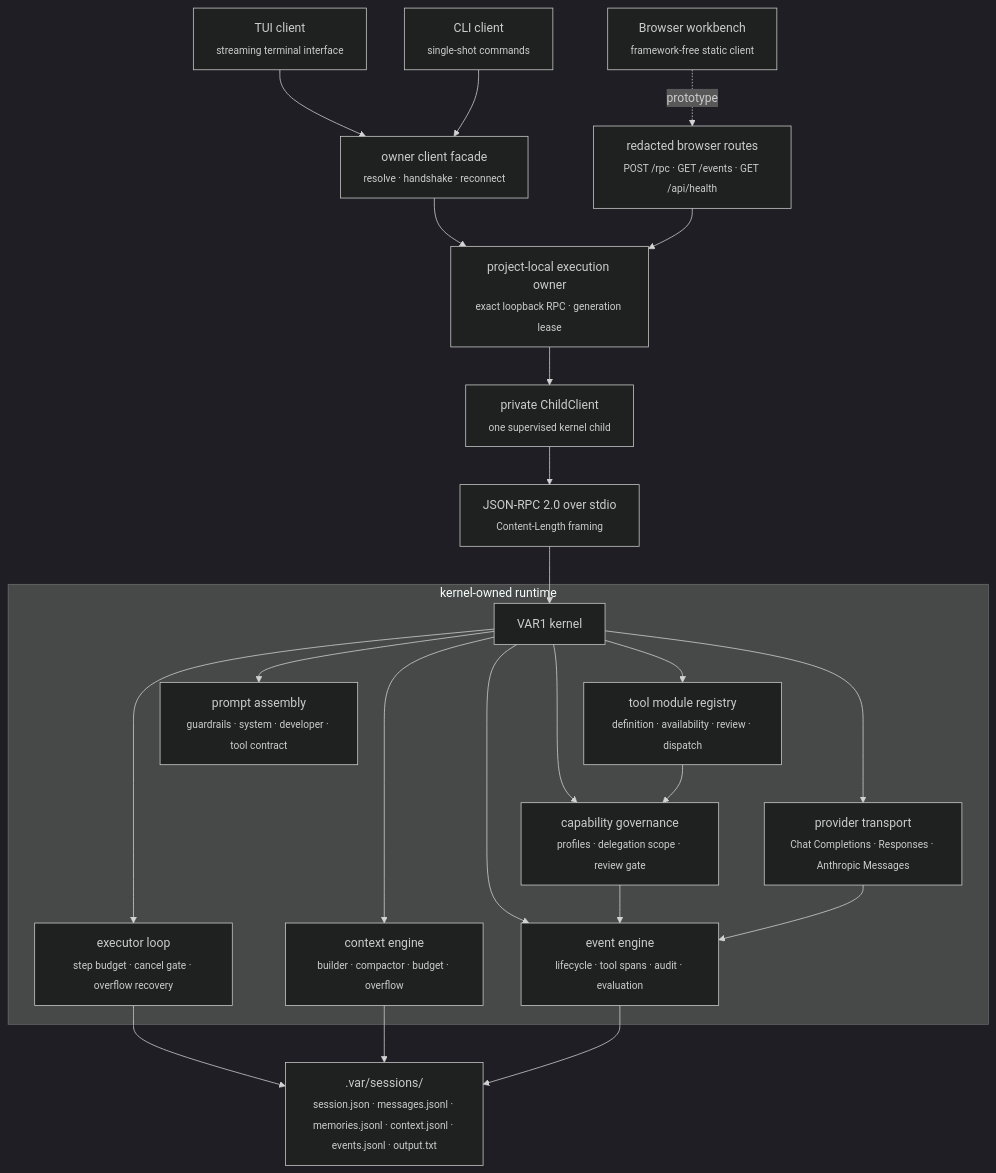
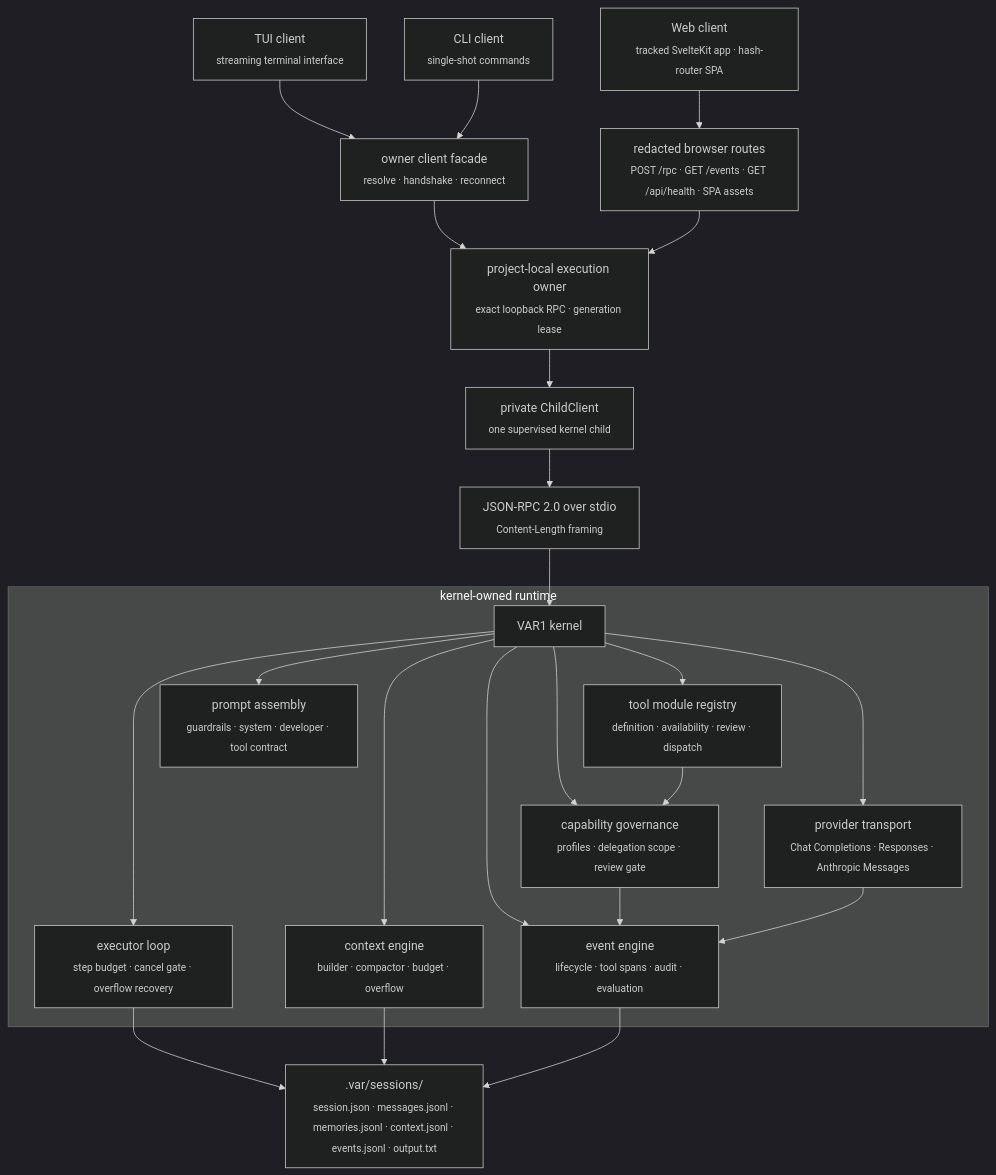
Before and after one commit to savageops/VANTARI-ONE: the first of 4 diagrams in README.md, drawn with Mermaid (dark theme). The commit also changed other lines of this file and 1 other file, not shown here.

````diff
--- a/README.md
+++ b/README.md
@@ -106,31 +106,31 @@
 ```mermaid
 flowchart TB
   tui["TUI client<br/><sub>streaming terminal interface</sub>"]
   cli["CLI client<br/><sub>single-shot commands</sub>"]
-  browser["Browser workbench<br/><sub>framework-free static client</sub>"]
+  browser["Web client<br/><sub>tracked SvelteKit app · hash-router SPA</sub>"]
   tui --> facade["owner client facade<br/><sub>resolve · handshake · reconnect</sub>"]
   cli --> facade
   facade --> owner["project-local execution owner<br/><sub>exact loopback RPC · generation lease</sub>"]
-  browser -.->|prototype| bridge["redacted browser routes<br/><sub>POST /rpc · GET /events · GET /api/health</sub>"]
+  browser --> bridge["redacted browser routes<br/><sub>POST /rpc · GET /events · GET /api/health · SPA assets</sub>"]
   bridge --> owner
   owner --> child["private ChildClient<br/><sub>one supervised kernel child</sub>"]
   child --> stdio["JSON-RPC 2.0 over stdio<br/><sub>Content-Length framing</sub>"]
   stdio --> kernel["VAR1 kernel"]
 
   subgraph core["kernel-owned runtime"]
     kernel --> executor["executor loop<br/><sub>step budget · cancel gate · overflow recovery</sub>"]
     kernel --> context["context engine<br/><sub>builder · compactor · budget · overflow</sub>"]
     kernel --> toolruntime["tool module registry<br/><sub>definition · availability · review · dispatch</sub>"]
     kernel --> governance["capability governance<br/><sub>profiles · delegation scope · review gate</sub>"]
     kernel --> prompts["prompt assembly<br/><sub>guardrails · system · developer · tool contract</sub>"]
     kernel --> provider["provider transport<br/><sub>Chat Completions · Responses · Anthropic Messages</sub>"]
     kernel --> events["event engine<br/><sub>lifecycle · tool spans · audit · evaluation</sub>"]
   end
 
   executor --> store[".var/sessions/<br/><sub>session.json · messages.jsonl · memories.jsonl · context.jsonl · events.jsonl · output.txt</sub>"]
   context --> store
   events --> store
   governance --> events
   toolruntime --> governance
   provider --> events
 ```
````
